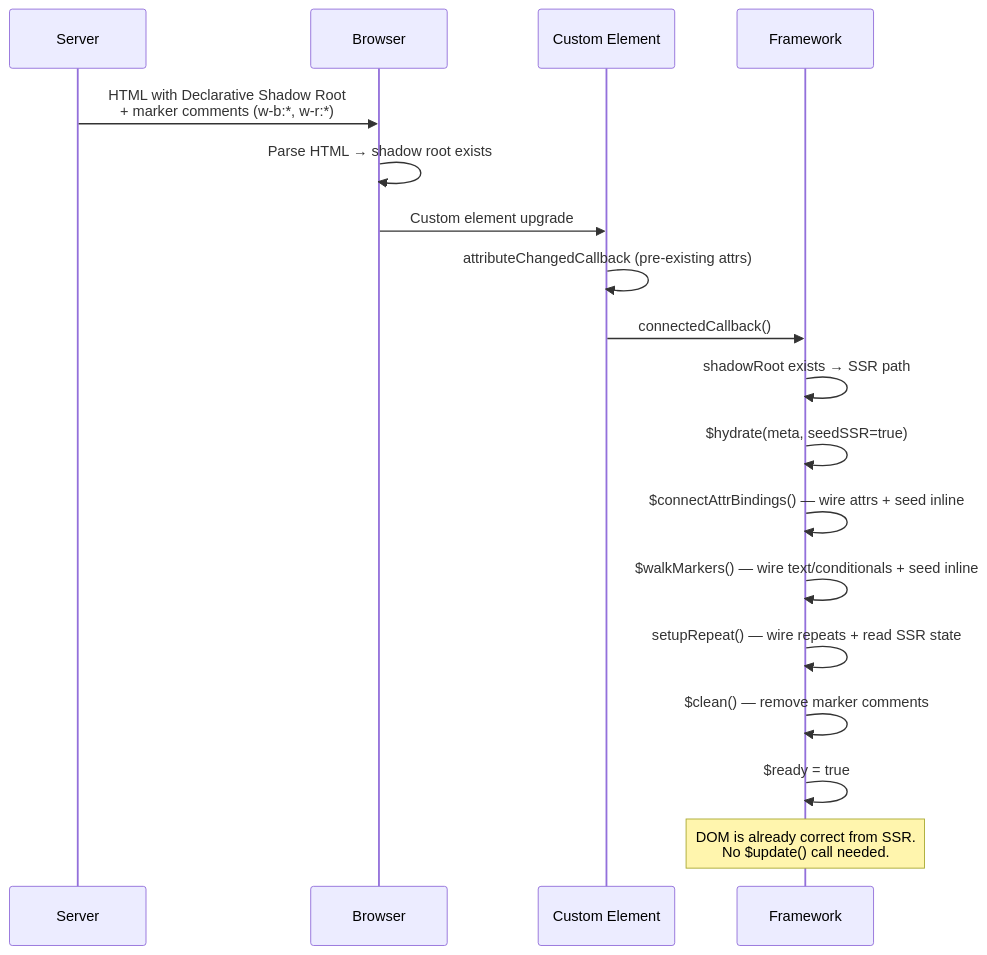
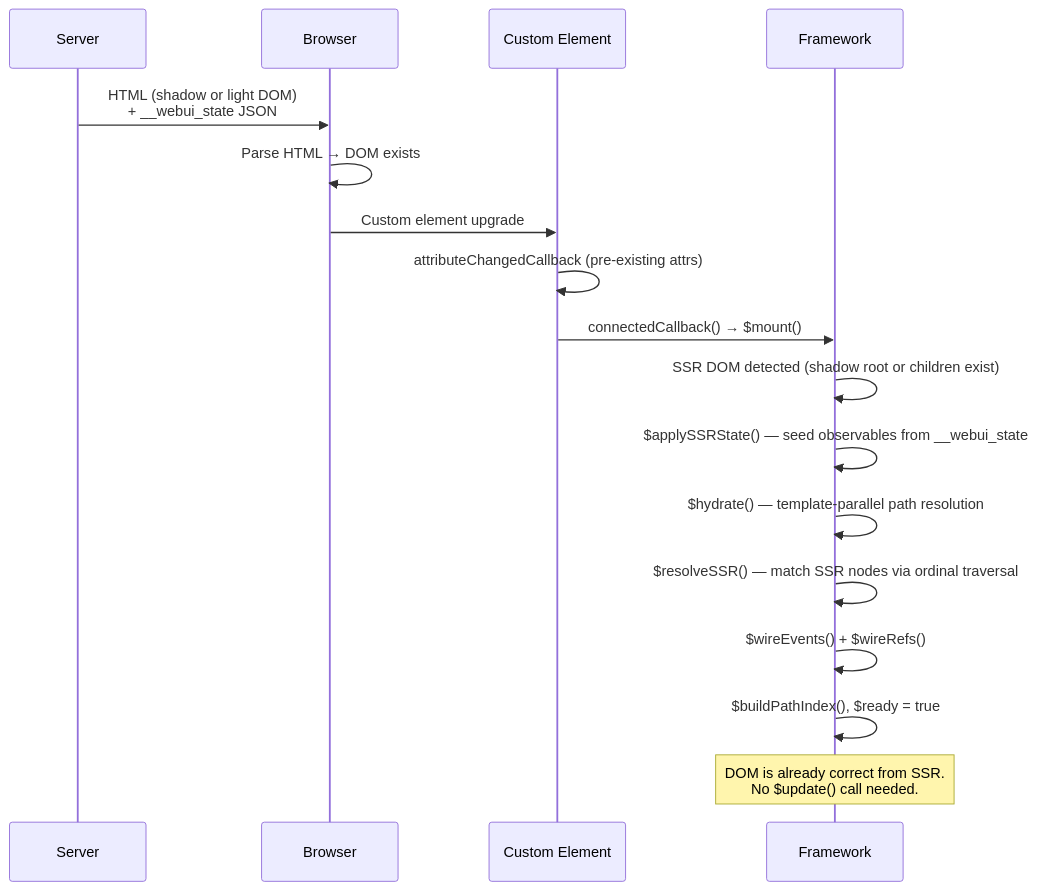
Before and after one commit to microsoft/webui: the third of 7 diagrams in packages/webui-framework/README.md, drawn with Mermaid. The commit also changed other lines of this file and 94 other files, not shown here.

````diff
--- a/packages/webui-framework/README.md
+++ b/packages/webui-framework/README.md
@@ -381,21 +384,20 @@
 ```mermaid
 sequenceDiagram
     participant Server
     participant Browser
     participant CE as Custom Element
     participant FW as Framework
 
-    Server->>Browser: HTML with Declarative Shadow Root<br/>+ marker comments (w-b:*, w-r:*)
-    Browser->>Browser: Parse HTML → shadow root exists
+    Server->>Browser: HTML (shadow or light DOM)<br/>+ __webui_state JSON
+    Browser->>Browser: Parse HTML → DOM exists
     Browser->>CE: Custom element upgrade
     CE->>CE: attributeChangedCallback (pre-existing attrs)
-    CE->>FW: connectedCallback()
-    FW->>FW: shadowRoot exists → SSR path
-    FW->>FW: $hydrate(meta, seedSSR=true)
-    FW->>FW: $connectAttrBindings() — wire attrs + seed inline
-    FW->>FW: $walkMarkers() — wire text/conditionals + seed inline
-    FW->>FW: setupRepeat() — wire repeats + read SSR state
-    FW->>FW: $clean() — remove marker comments
-    FW->>FW: $ready = true
+    CE->>FW: connectedCallback() → $mount()
+    FW->>FW: SSR DOM detected (shadow root or children exist)
+    FW->>FW: $applySSRState() — seed observables from __webui_state
+    FW->>FW: $hydrate() — template-parallel path resolution
+    FW->>FW: $resolveSSR() — match SSR nodes via ordinal traversal
+    FW->>FW: $wireEvents() + $wireRefs()
+    FW->>FW: $buildPathIndex(), $ready = true
     Note over FW: DOM is already correct from SSR.<br/>No $update() call needed.
 ```
````
